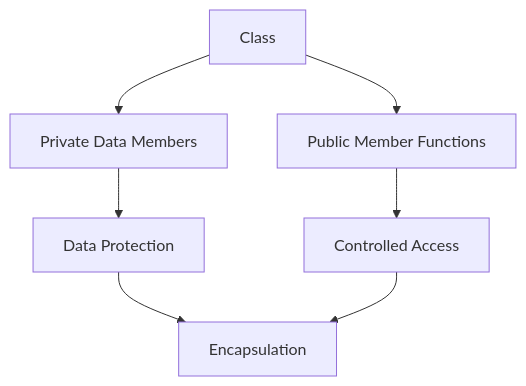
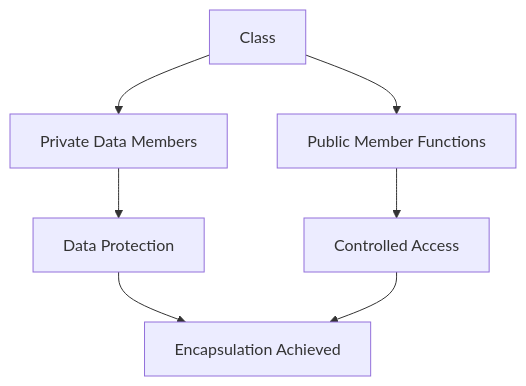
One commit to nishant-iith/Roadmap-Learning changed the first of 11 diagrams in Fast Revision/01_OOPS_CPP_LLD.md. Above: the diagram before and after it, drawn with Mermaid. The commit also changed other lines of this file and 2 other files, not shown here.

````diff
--- a/Fast Revision/01_OOPS_CPP_LLD.md
+++ b/Fast Revision/01_OOPS_CPP_LLD.md
@@ -43,9 +23,9 @@
 ```mermaid
 graph TD
     A["Class"] --> B["Private Data Members"]
     A --> C["Public Member Functions"]
     B --> D["Data Protection"]
     C --> E["Controlled Access"]
-    D --> F["Encapsulation"]
+    D --> F["Encapsulation Achieved"]
     E --> F
 ```
````
